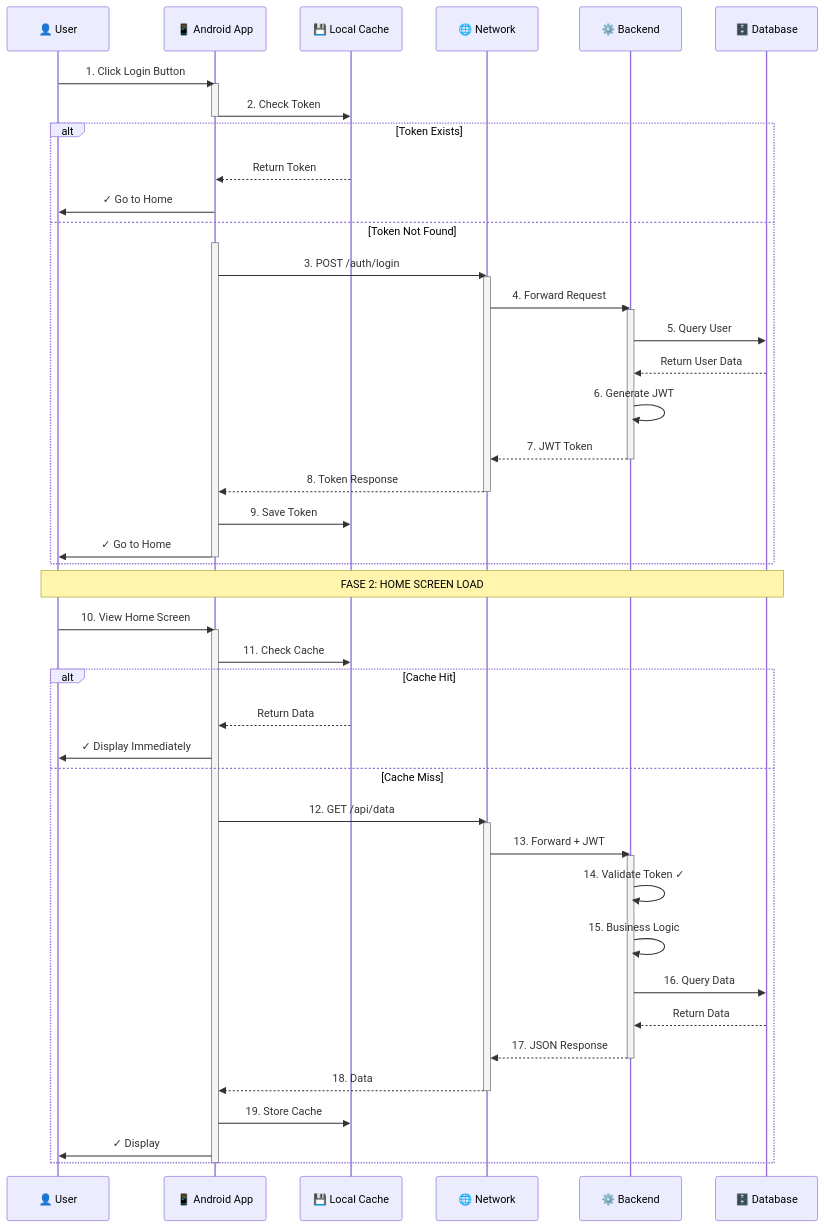
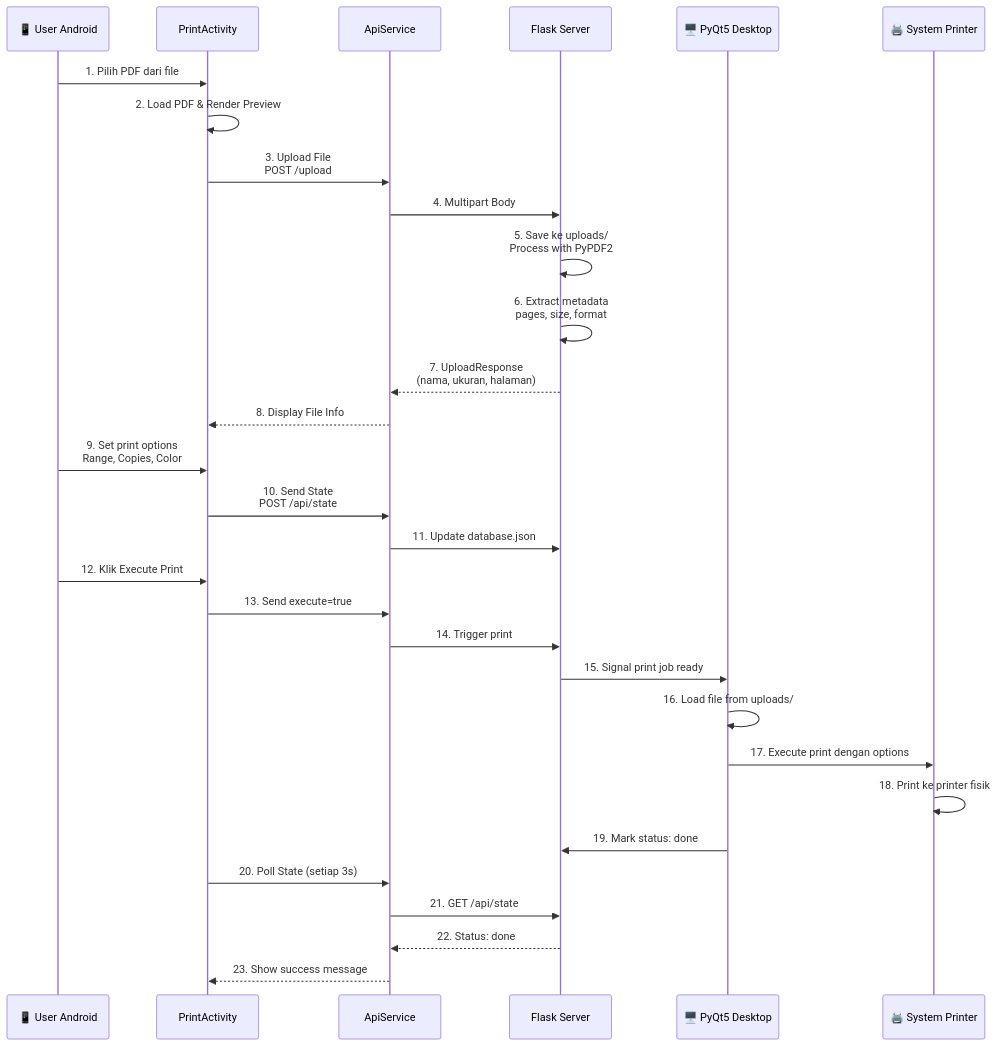
The second of 4 diagrams in ARCHITECTURE_DIAGRAM.md (FormulaV/PrintBot_Studio), drawn with Mermaid before and after one commit. The commit also changed other lines of this file, not shown here.

Commit message:
Update architecture diagram with accurate implementation details from both applications

````diff
--- a/ARCHITECTURE_DIAGRAM.md
+++ b/ARCHITECTURE_DIAGRAM.md
@@ -233,62 +207,38 @@
 ```mermaid
 sequenceDiagram
-    participant User as 👤 User
-    participant Android as 📱 Android App
-    participant Cache as 💾 Local Cache
-    participant Network as 🌐 Network
-    participant Backend as ⚙️ Backend
-    participant DB as 🗄️ Database
+    participant User as 📱 User Android
+    participant App as PrintActivity
+    participant Api as ApiService
+    participant Network as Flask Server
+    participant Desktop as 🖥️ PyQt5 Desktop
+    participant Printer as 🖨️ System Printer
     
-    User->>Android: 1. Click Login Button
-    activate Android
-    Android->>Cache: 2. Check Token
-    deactivate Android
+    User->>App: 1. Pilih PDF dari file
+    App->>App: 2. Load PDF & Render Preview
     
-    alt Token Exists
-        Cache-->>Android: Return Token
-        Android->>User: ✓ Go to Home
-    else Token Not Found
-        activate Android
-        Android->>Network: 3. POST /auth/login
-        activate Network
-        Network->>Backend: 4. Forward Request
-        activate Backend
-        Backend->>DB: 5. Query User
-        DB-->>Backend: Return User Data
-        Backend->>Backend: 6. Generate JWT
-        Backend-->>Network: 7. JWT Token
-        deactivate Backend
-        Network-->>Android: 8. Token Response
-        deactivate Network
-        Android->>Cache: 9. Save Token
-        Android->>User: ✓ Go to Home
-        deactivate Android
-    end
+    App->>Api: 3. Upload File<br/>POST /upload
+    Api->>Network: 4. Multipart Body
+    Network->>Network: 5. Save ke uploads/<br/>Process with PyPDF2
+    Network->>Network: 6. Extract metadata<br/>pages, size, format
+    Network-->>Api: 7. UploadResponse<br/>(nama, ukuran, halaman)
+    Api-->>App: 8. Display File Info
     
-    Note over User,DB: FASE 2: HOME SCREEN LOAD
+    User->>App: 9. Set print options<br/>Range, Copies, Color
+    App->>Api: 10. Send State<br/>POST /api/state
+    Api->>Network: 11. Update database.json
     
-    User->>Android: 10. View Home Screen
-    activate Android
-    Android->>Cache: 11. Check Cache
+    User->>App: 12. Klik Execute Print
+    App->>Api: 13. Send execute=true
+    Api->>Network: 14. Trigger print
+    Network->>Desktop: 15. Signal print job ready
     
-    alt Cache Hit
-        Cache-->>Android: Return Data
-        Android->>User: ✓ Display Immediately
-    else Cache Miss
-        Android->>Network: 12. GET /api/data
-        activate Network
-        Network->>Backend: 13. Forward + JWT
-        activate Backend
-        Backend->>Backend: 14. Validate Token ✓
-        Backend->>Backend: 15. Business Logic
-        Backend->>DB: 16. Query Data
-        DB-->>Backend: Return Data
-        Backend-->>Network: 17. JSON Response
-        deactivate Backend
-        Network-->>Android: 18. Data
-        deactivate Network
-        Android->>Cache: 19. Store Cache
-        Android->>User: ✓ Display
-    end
-    deactivate Android
+    Desktop->>Desktop: 16. Load file from uploads/
+    Desktop->>Printer: 17. Execute print dengan options
+    Printer->>Printer: 18. Print ke printer fisik
+    Desktop->>Network: 19. Mark status: done
+    
+    App->>Api: 20. Poll State (setiap 3s)
+    Api->>Network: 21. GET /api/state
+    Network-->>Api: 22. Status: done
+    Api-->>App: 23. Show success message
 ```
````
